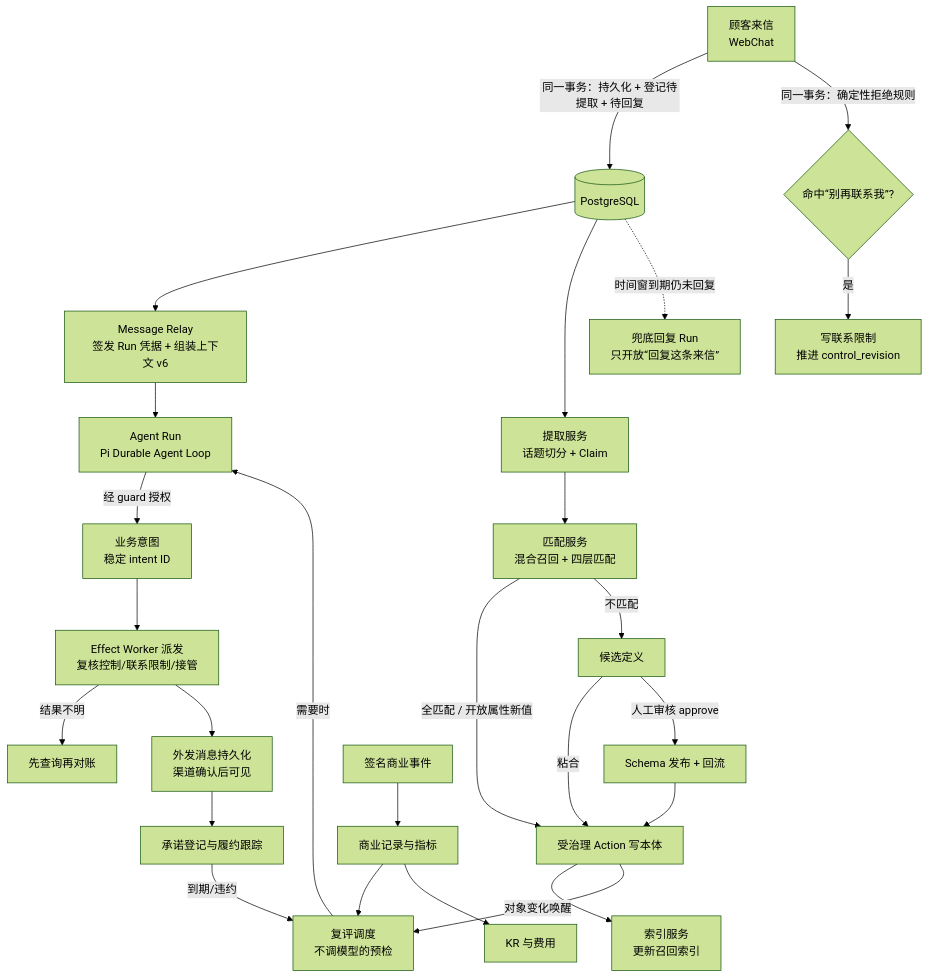
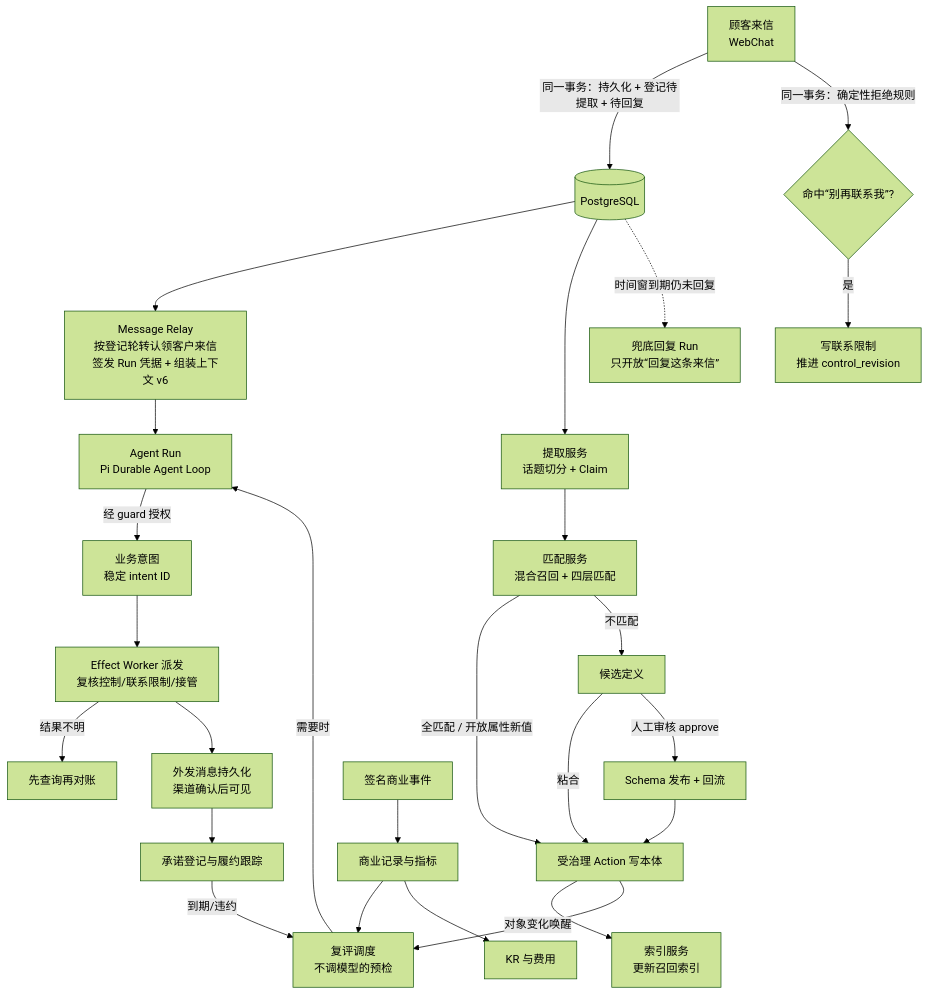
One commit to cenbonew/NexLoop changed the fourth of 6 diagrams in docs/ARCHITECTURE.md. Above: the diagram before and after it, drawn with Mermaid (forest theme). The commit also changed other lines of this file, not shown here.

Commit message:
docs: architecture update for relay multi-consumer, Source read derivation and NX-031 slice 1 (main c835158)

````diff
--- a/docs/ARCHITECTURE.md
+++ b/docs/ARCHITECTURE.md
@@ -125,26 +126,26 @@
 ```mermaid
 flowchart TD
     A[顾客来信<br/>WebChat] -->|同一事务：持久化 + 登记待提取 + 待回复| B[(PostgreSQL)]
     A -->|同一事务：确定性拒绝规则| R{命中“别再联系我”?}
     R -->|是| CR[写联系限制<br/>推进 control_revision]
-    B --> RL[Message Relay<br/>签发 Run 凭据 + 组装上下文 v6]
+    B --> RL[Message Relay<br/>按登记轮转认领客户来信<br/>签发 Run 凭据 + 组装上下文 v6]
     RL --> RUN[Agent Run<br/>Pi Durable Agent Loop]
     B --> EX[提取服务<br/>话题切分 + Claim]
     EX --> MT[匹配服务<br/>混合召回 + 四层匹配]
     MT -->|全匹配 / 开放属性新值| ONT[受治理 Action 写本体]
     MT -->|不匹配| CAND[候选定义]
     CAND -->|粘合| ONT
     CAND -->|人工审核 approve| SCH[Schema 发布 + 回流] --> ONT
     ONT --> IDX[索引服务<br/>更新召回索引]
     ONT -->|对象变化唤醒| PL[复评调度<br/>不调模型的预检]
     PL -->|需要时| RUN
     RUN -->|经 guard 授权| INT[业务意图<br/>稳定 intent ID]
     INT --> DSP[Effect Worker 派发<br/>复核控制/联系限制/接管]
     DSP -->|结果不明| REC[先查询再对账]
     DSP --> OUT[外发消息持久化<br/>渠道确认后可见]
     OUT --> CMT[承诺登记与履约跟踪]
     CMT -->|到期/违约| PL
     COM[签名商业事件] --> CREC[商业记录与指标] --> PL
     CREC --> KR[KR 与费用]
     B -. 时间窗到期仍未回复 .-> FB[兜底回复 Run<br/>只开放“回复这条来信”]
 ```
````
